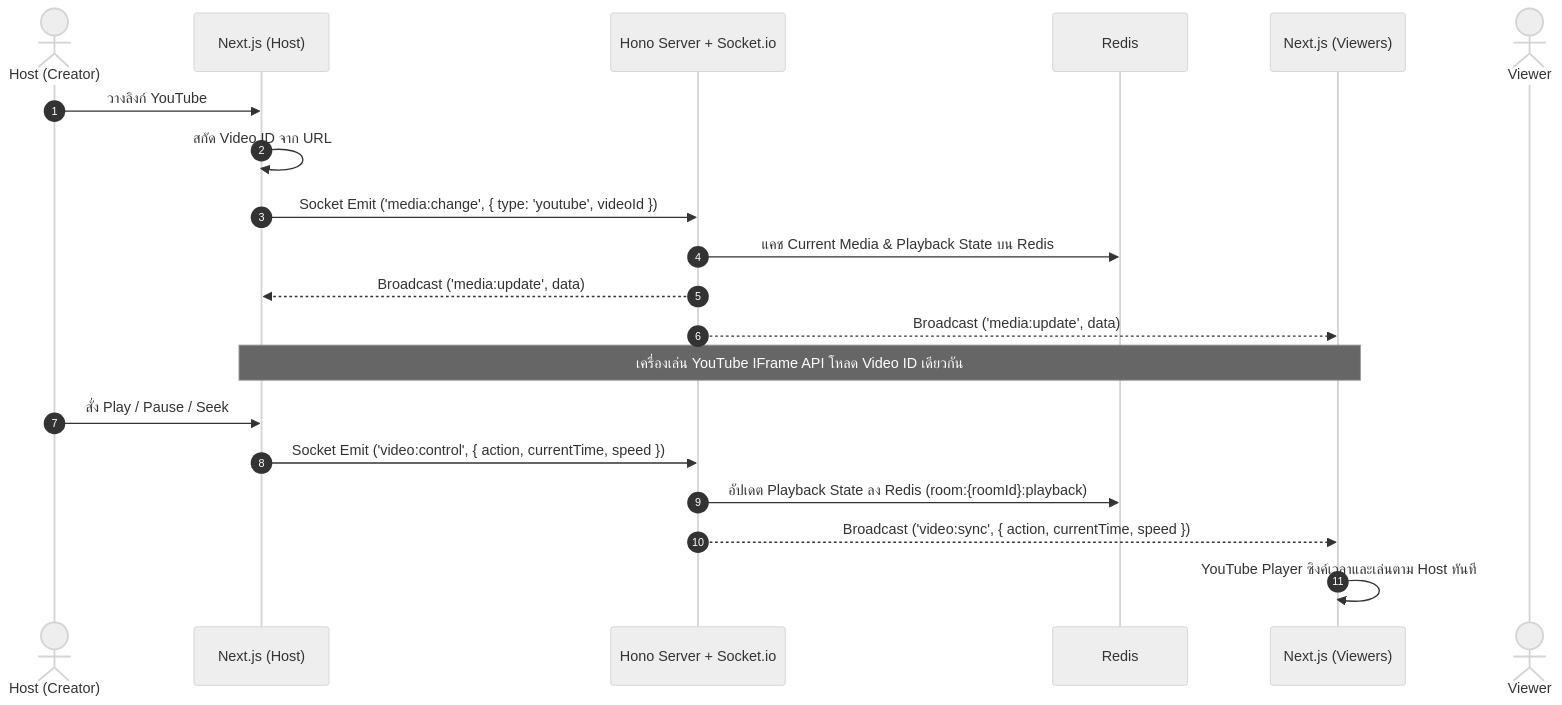
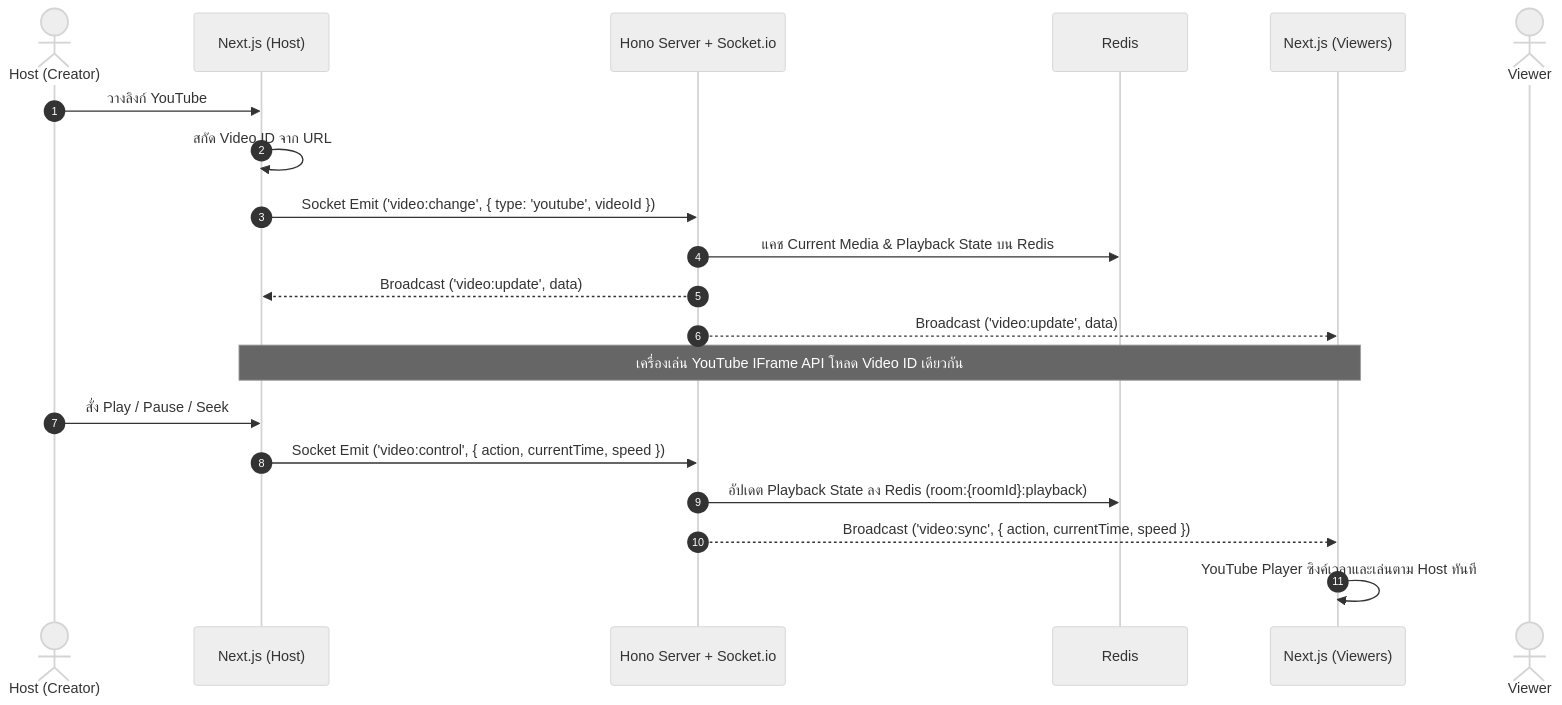
Before and after one commit to PeterGamez/YouStream: the first of 4 diagrams in SRS.md, drawn with Mermaid (neutral theme). The commit also changed other lines of this file and 8 other files, not shown here.

Commit message:
feat: add socket service, event handlers, and data payloads for room, video, and chat features

````diff
--- a/SRS.md
+++ b/SRS.md
@@ -152,23 +152,23 @@
 ```mermaid
 sequenceDiagram
     autonumber
     actor Host as Host (Creator)
     participant FE_Host as Next.js (Host)
     participant BE as Hono Server + Socket.io
     participant Redis as Redis
     participant FE_Viewer as Next.js (Viewers)
     actor Viewer as Viewer
 
     Host->>FE_Host: วางลิงก์ YouTube
     FE_Host->>FE_Host: สกัด Video ID จาก URL
-    FE_Host->>BE: Socket Emit ('media:change', { type: 'youtube', videoId })
+    FE_Host->>BE: Socket Emit ('video:change', { type: 'youtube', videoId })
     BE->>Redis: แคช Current Media & Playback State บน Redis
-    BE-->>FE_Host: Broadcast ('media:update', data)
-    BE-->>FE_Viewer: Broadcast ('media:update', data)
+    BE-->>FE_Host: Broadcast ('video:update', data)
+    BE-->>FE_Viewer: Broadcast ('video:update', data)
     Note over FE_Host, FE_Viewer: เครื่องเล่น YouTube IFrame API โหลด Video ID เดียวกัน
     Host->>FE_Host: สั่ง Play / Pause / Seek
     FE_Host->>BE: Socket Emit ('video:control', { action, currentTime, speed })
     BE->>Redis: อัปเดต Playback State ลง Redis (room:{roomId}:playback)
     BE-->>FE_Viewer: Broadcast ('video:sync', { action, currentTime, speed })
     FE_Viewer->>FE_Viewer: YouTube Player ซิงค์เวลาและเล่นตาม Host ทันที
 ```
````
